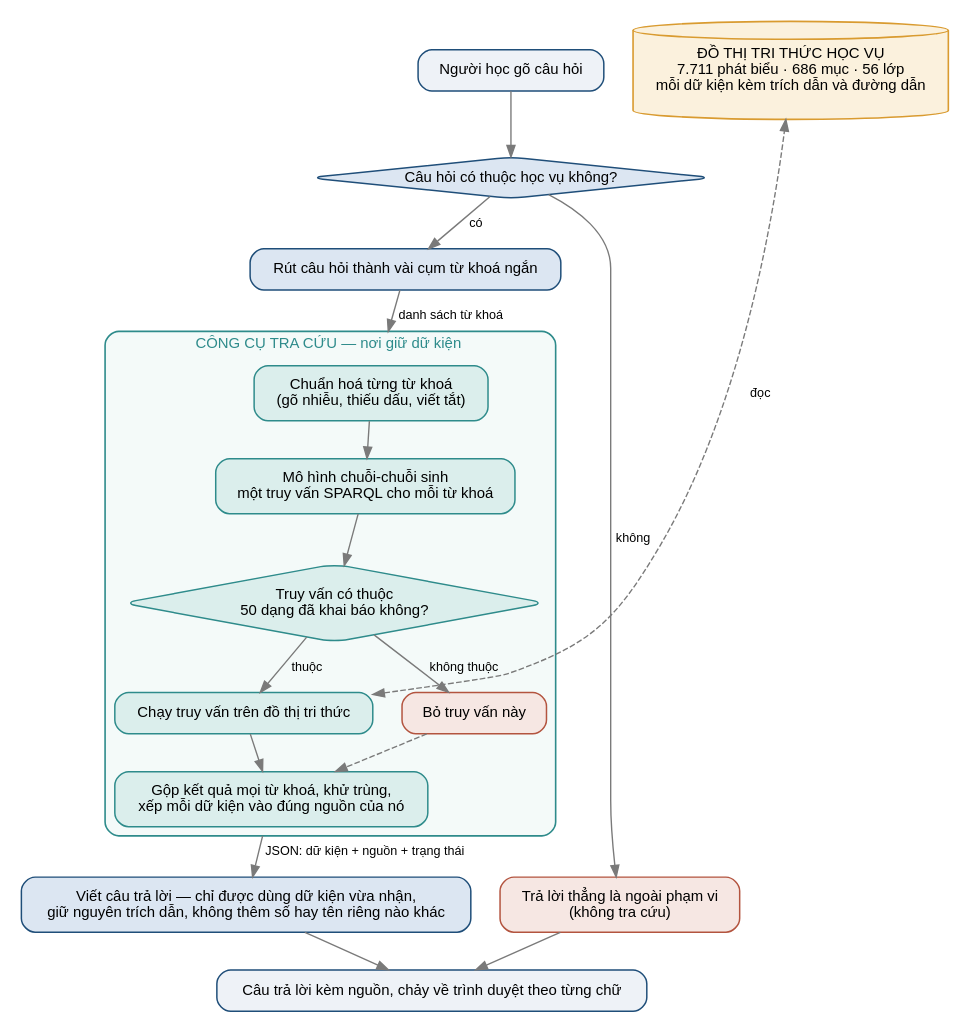
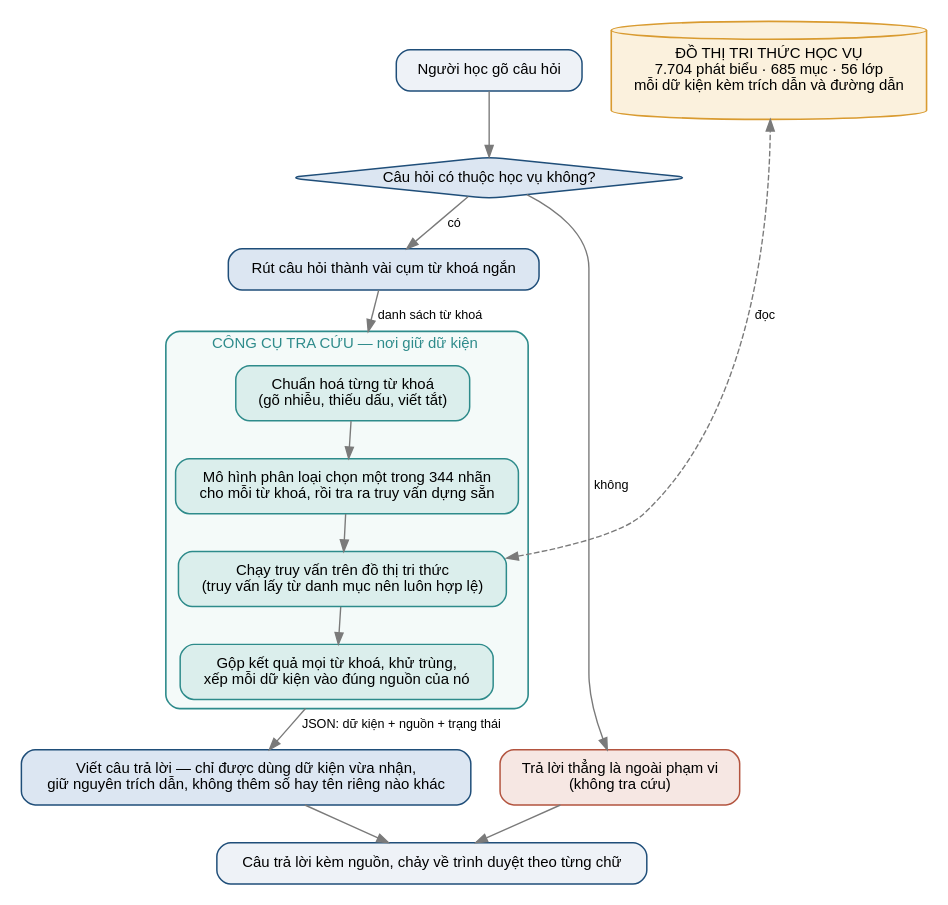
One commit to vpthinh19/ontology-chatbot changed the diagram in artifacts/figures/processing-flow.dot. Above: the diagram before and after it, drawn with Graphviz. The commit also changed 152 other files, not shown here.

```diff
--- a/artifacts/figures/processing-flow.dot
+++ b/artifacts/figures/processing-flow.dot
@@ -1,49 +1,43 @@
 digraph luong_xu_ly {
   pad=0.15;
   rankdir=TB; bgcolor="white"; nodesep=0.35; ranksep=0.45; compound=true;
   node [shape=box, style="rounded,filled", fontname="Liberation Sans", fontsize=13,
         color="#c9c4bd", penwidth=1.3, margin="0.22,0.14"];
   edge [fontname="Liberation Sans", fontsize=11, color="#7a7a7a", penwidth=1.2];
 
   nguoi [label="Người học gõ câu hỏi", fillcolor="#eef2f7", color="#1f4e79"];
   quyet [label="Câu hỏi có thuộc học vụ không?", shape=diamond,
          fillcolor="#dce6f2", color="#1f4e79", margin="0.10,0.04"];
   ngoai [label="Trả lời thẳng là ngoài phạm vi\n(không tra cứu)", fillcolor="#f6e7e3", color="#b3543f"];
   rut   [label="Rút câu hỏi thành vài cụm từ khoá ngắn", fillcolor="#dce6f2", color="#1f4e79"];
 
   subgraph cluster_tool {
     label="  CÔNG CỤ TRA CỨU — nơi giữ dữ kiện  ";
     labelloc=t; fontname="Liberation Sans"; fontsize=13; fontcolor="#2e8b8b";
     color="#2e8b8b"; style="rounded"; bgcolor="#f4faf9"; penwidth=1.4;
     chuan [label="Chuẩn hoá từng từ khoá\n(gõ nhiễu, thiếu dấu, viết tắt)", fillcolor="#dbeeec", color="#2e8b8b"];
-    sinh  [label="Mô hình chuỗi-chuỗi sinh\nmột truy vấn SPARQL cho mỗi từ khoá", fillcolor="#dbeeec", color="#2e8b8b"];
-    kiem  [label="Truy vấn có thuộc\n50 dạng đã khai báo không?", shape=diamond,
-           fillcolor="#dbeeec", color="#2e8b8b", margin="0.10,0.04"];
-    chay  [label="Chạy truy vấn trên đồ thị tri thức", fillcolor="#dbeeec", color="#2e8b8b"];
+    sinh  [label="Mô hình phân loại chọn một trong 344 nhãn\ncho mỗi từ khoá, rồi tra ra truy vấn dựng sẵn", fillcolor="#dbeeec", color="#2e8b8b"];
+    chay  [label="Chạy truy vấn trên đồ thị tri thức\n(truy vấn lấy từ danh mục nên luôn hợp lệ)",
+           fillcolor="#dbeeec", color="#2e8b8b"];
     gop   [label="Gộp kết quả mọi từ khoá, khử trùng,\nxếp mỗi dữ kiện vào đúng nguồn của nó",
            fillcolor="#dbeeec", color="#2e8b8b"];
-    bo    [label="Bỏ truy vấn này", fillcolor="#f6e7e3", color="#b3543f"];
-    chuan -> sinh -> kiem;
-    kiem -> chay [label="  thuộc"];
-    kiem -> bo   [label="  không thuộc"];
-    chay -> gop;
-    bo -> gop [style=dashed];
+    chuan -> sinh -> chay -> gop;
   }
 
-  onto [label="ĐỒ THỊ TRI THỨC HỌC VỤ\n7.711 phát biểu · 686 mục · 56 lớp\nmỗi dữ kiện kèm trích dẫn và đường dẫn",
+  onto [label="ĐỒ THỊ TRI THỨC HỌC VỤ\n7.704 phát biểu · 685 mục · 56 lớp\nmỗi dữ kiện kèm trích dẫn và đường dẫn",
         shape=cylinder, style=filled, fillcolor="#fbf1dd", color="#d99b30", penwidth=1.4];
 
   viet [label="Viết câu trả lời — chỉ được dùng dữ kiện vừa nhận,\ngiữ nguyên trích dẫn, không thêm số hay tên riêng nào khác",
         fillcolor="#dce6f2", color="#1f4e79"];
   tra  [label="Câu trả lời kèm nguồn, chảy về trình duyệt theo từng chữ",
         fillcolor="#eef2f7", color="#1f4e79"];
 
   nguoi -> quyet;
   quyet -> ngoai [label="  không  "];
   quyet -> rut   [label="  có  "];
   rut -> chuan [lhead=cluster_tool, label="  danh sách từ khoá  "];
   gop -> viet [ltail=cluster_tool, label="  JSON: dữ kiện + nguồn + trạng thái  "];
   chay -> onto [label="  đọc  ", constraint=false, style=dashed, dir=both];
   viet -> tra;
   ngoai -> tra;
 }
```
